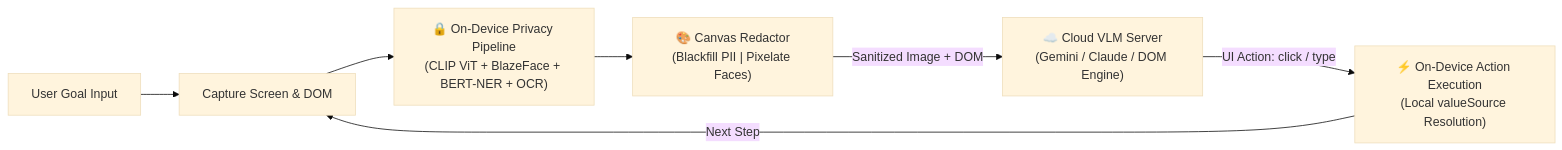
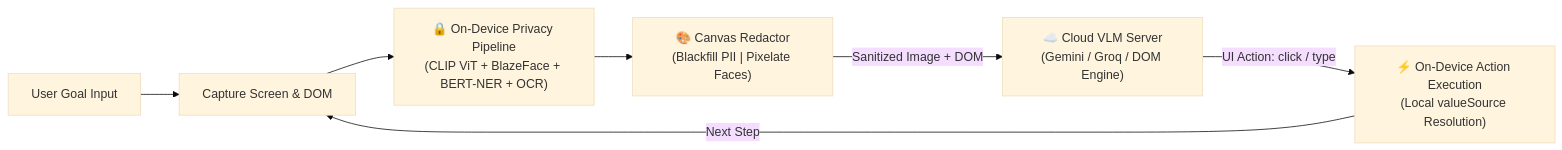
One commit to annujjguptaa-cpu/Betaal changed the first of 4 diagrams in README.md. Above: the diagram before and after it, drawn with Mermaid (base theme). The commit also changed other lines of this file and 1 other file, not shown here.

Commit message:
docs: remove note block, update README & docs with Groq VLM integration, fix video folder URL

````diff
--- a/README.md
+++ b/README.md
@@ -49,9 +42,9 @@
 ```mermaid
 flowchart LR
     A[User Goal Input] --> B[Capture Screen & DOM]
     B --> C["🔒 On-Device Privacy Pipeline<br/>(CLIP ViT + BlazeFace + BERT-NER + OCR)"]
     C --> D["🎨 Canvas Redactor<br/>(Blackfill PII | Pixelate Faces)"]
-    D -->|Sanitized Image + DOM| E["☁️ Cloud VLM Server<br/>(Gemini / Claude / DOM Engine)"]
+    D -->|Sanitized Image + DOM| E["☁️ Cloud VLM Server<br/>(Gemini / Groq / DOM Engine)"]
     E -->|UI Action: click / type| F["⚡ On-Device Action Execution<br/>(Local valueSource Resolution)"]
     F -->|Next Step| B
 ```
````
